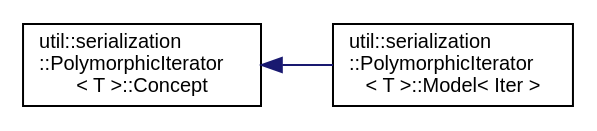
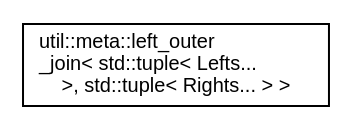
Before and after one commit to AndreasLrx/ecstasy: the diagram in inherit_graph_95.dot, drawn with Graphviz. The commit also changed 445 other files, not shown here.

```diff
--- a/inherit_graph_95.dot
+++ b/inherit_graph_95.dot
@@ -1,10 +1,8 @@
 digraph "Graphical Class Hierarchy"
 {
  // LATEX_PDF_SIZE
   edge [fontname="Helvetica",fontsize="10",labelfontname="Helvetica",labelfontsize="10"];
   node [fontname="Helvetica",fontsize="10",shape=record];
   rankdir="LR";
-  Node0 [label="util::serialization\l::PolymorphicIterator\l\< T \>::Concept",height=0.2,width=0.4,color="black", fillcolor="white", style="filled",URL="$structutil_1_1serialization_1_1_polymorphic_iterator_1_1_concept.html",tooltip=" "];
-  Node0 -> Node1 [dir="back",color="midnightblue",fontsize="10",style="solid",fontname="Helvetica"];
-  Node1 [label="util::serialization\l::PolymorphicIterator\l\< T \>::Model\< Iter \>",height=0.2,width=0.4,color="black", fillcolor="white", style="filled",URL="$classutil_1_1serialization_1_1_polymorphic_iterator_1_1_model.html",tooltip=" "];
+  Node0 [label="util::meta::left_outer\l_join\< std::tuple\< Lefts...\l \>, std::tuple\< Rights... \> \>",height=0.2,width=0.4,color="black", fillcolor="white", style="filled",URL="$structutil_1_1meta_1_1left__outer__join_3_01std_1_1tuple_3_01_lefts_8_8_8_01_4_00_01std_1_1tuple_3_01_rights_8_8_8_01_4_01_4.html",tooltip="Performs a left outer join on two parameter pack types wrapped in tuple types (return types in lefts ..."];
 }
```
